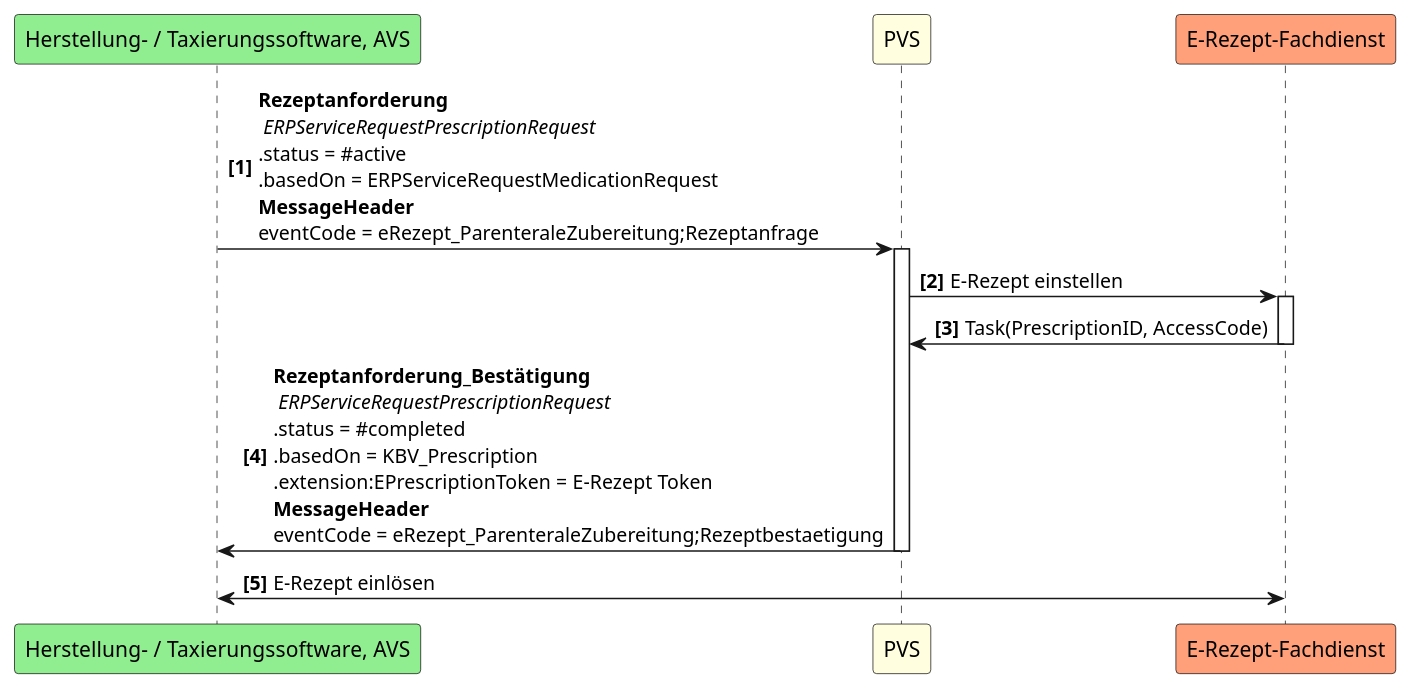
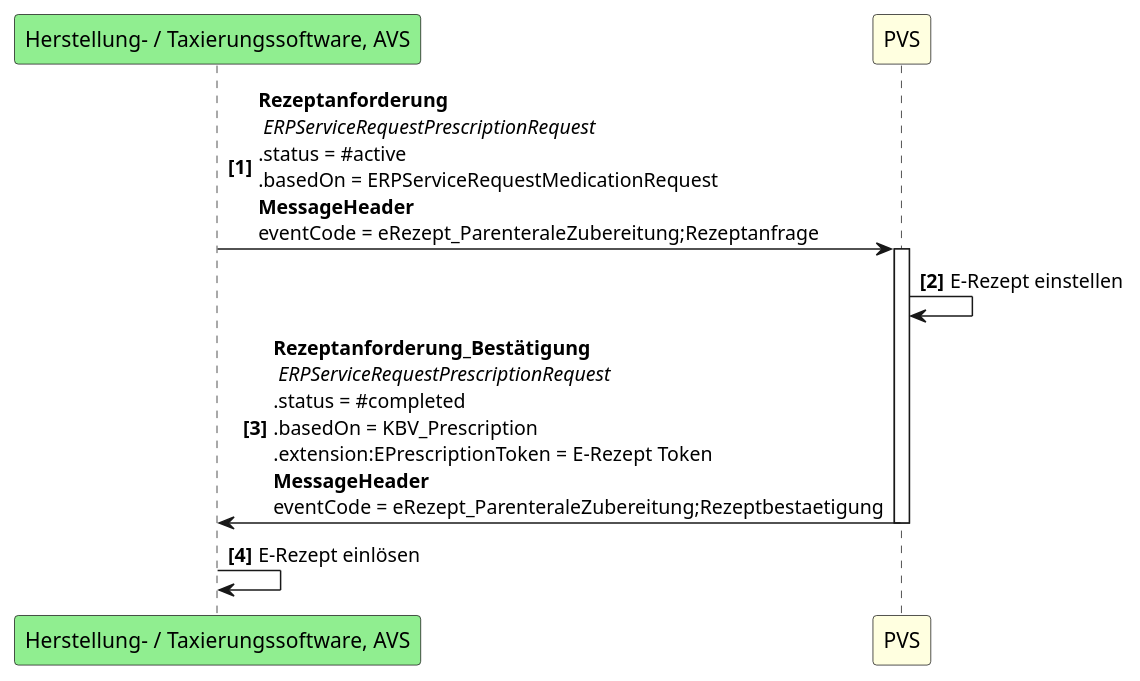
The diagram in Resources/puml/fhir-ig/UseCase Diagrams/UC4.puml (gematik/spec-E-Rezept-ServiceRequest), drawn with PlantUML before and after one commit. The commit also changed 80 other files, not shown here.

```diff
--- a/Resources/puml/fhir-ig/UseCase Diagrams/UC4.puml
+++ b/Resources/puml/fhir-ig/UseCase Diagrams/UC4.puml
@@ -1,13 +1,11 @@
 @startuml UC4
 autonumber "<b>[0]"
 participant "Herstellung- / Taxierungssoftware, AVS" as AP #LightGreen
 participant PVS as A #LightYellow
-participant "E-Rezept-Fachdienst" as FD #LightSalmon
 
 AP -> A++: <b>Rezeptanforderung \n <i>ERPServiceRequestPrescriptionRequest \n.status = #active \n.basedOn = ERPServiceRequestMedicationRequest \n<b>MessageHeader\neventCode = eRezept_ParenteraleZubereitung;Rezeptanfrage
-A -> FD++: E-Rezept einstellen
-FD -> A--: Task(PrescriptionID, AccessCode)
+A -> A: E-Rezept einstellen
 A -> AP--: <b>Rezeptanforderung_Bestätigung \n <i>ERPServiceRequestPrescriptionRequest  \n.status = #completed \n.basedOn = KBV_Prescription \n.extension:EPrescriptionToken = E-Rezept Token\n<b>MessageHeader\neventCode = eRezept_ParenteraleZubereitung;Rezeptbestaetigung
-AP <-> FD: E-Rezept einlösen
+AP -> AP: E-Rezept einlösen
 
 @enduml
```
